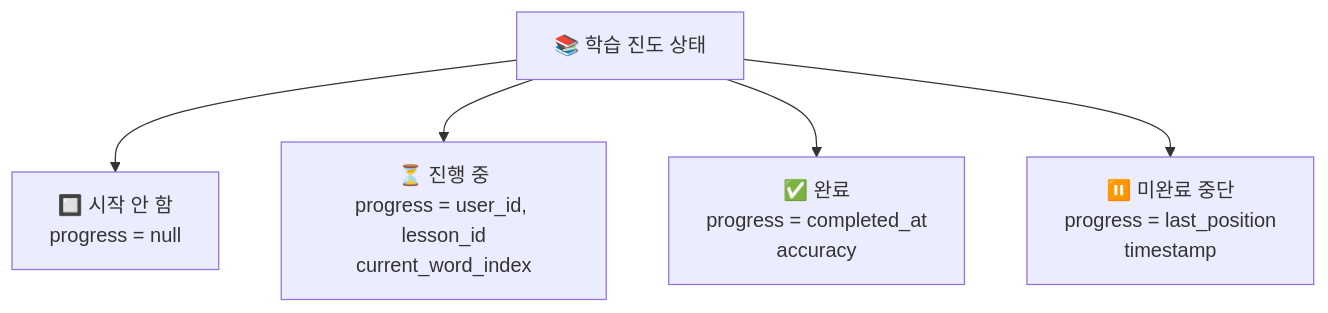
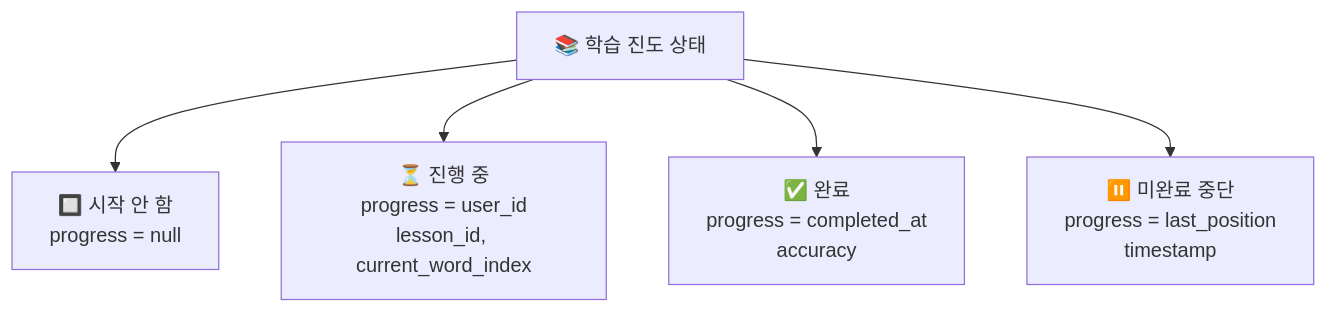
One commit to hamonia777/Real-time-sign-language-translation-service-Backend changed the tenth of 15 diagrams in doc/USER_FLOW.md. Above: the diagram before and after it, drawn with Mermaid. The commit also changed other lines of this file, not shown here.

Commit message:
FIX : mermaid 코드 에러 수정

````diff
--- a/doc/USER_FLOW.md
+++ b/doc/USER_FLOW.md
@@ -216,7 +231,7 @@
 ```mermaid
 graph TD
     A["📚 학습 진도 상태"] --> B["🔲 시작 안 함<br/>progress = null"]
-    A --> C["⏳ 진행 중<br/>progress = user_id, lesson_id<br/>current_word_index"]
+    A --> C["⏳ 진행 중<br/>progress = user_id<br/>lesson_id, current_word_index"]
     A --> D["✅ 완료<br/>progress = completed_at<br/>accuracy"]
     A --> E["⏸️ 미완료 중단<br/>progress = last_position<br/>timestamp"]
 ```
````
